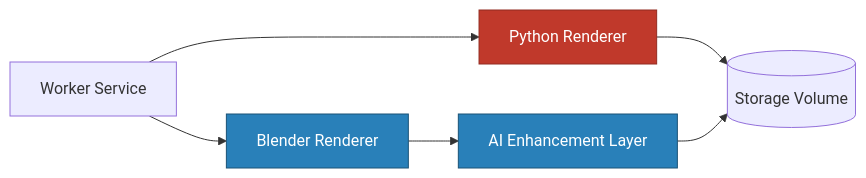
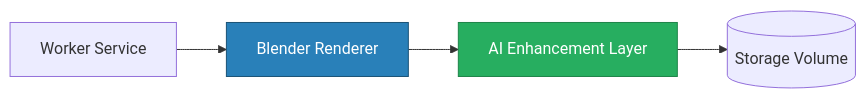
One commit to giovanizaghi/3d-room-platform changed the second of 2 diagrams in docs/architecture/06-future-rendering.md. Above: the diagram before and after it, drawn with Mermaid. The commit also changed other lines of this file and 27 other files, not shown here.

````diff
--- a/docs/architecture/06-future-rendering.md
+++ b/docs/architecture/06-future-rendering.md
@@ -50,18 +29,14 @@
 ```mermaid
 flowchart LR
     Worker[Worker Service]
-
-    Renderer[Python Renderer]:::current
-    Blender[Blender Renderer]:::future
+    Blender[Blender Renderer]:::current
     AI[AI Enhancement Layer]:::future
     Storage[(Storage Volume)]
 
-    Worker --> Renderer
     Worker --> Blender
-    Renderer --> Storage
     Blender --> AI
     AI --> Storage
 
-    classDef current fill:#c0392b,color:#fff,stroke:#922b21
-    classDef future fill:#2980b9,color:#fff,stroke:#1a5276
+    classDef current fill:#2980b9,color:#fff,stroke:#1a5276
+    classDef future fill:#27ae60,color:#fff,stroke:#1e8449
 ```
````
